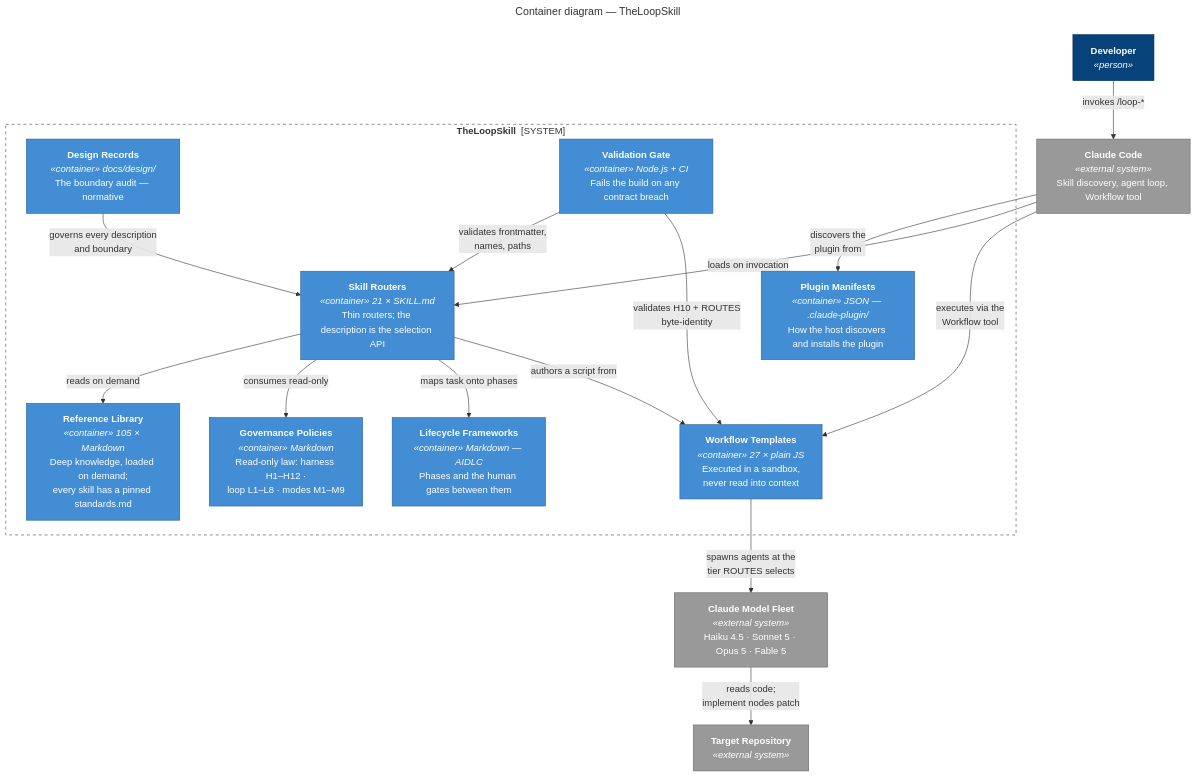
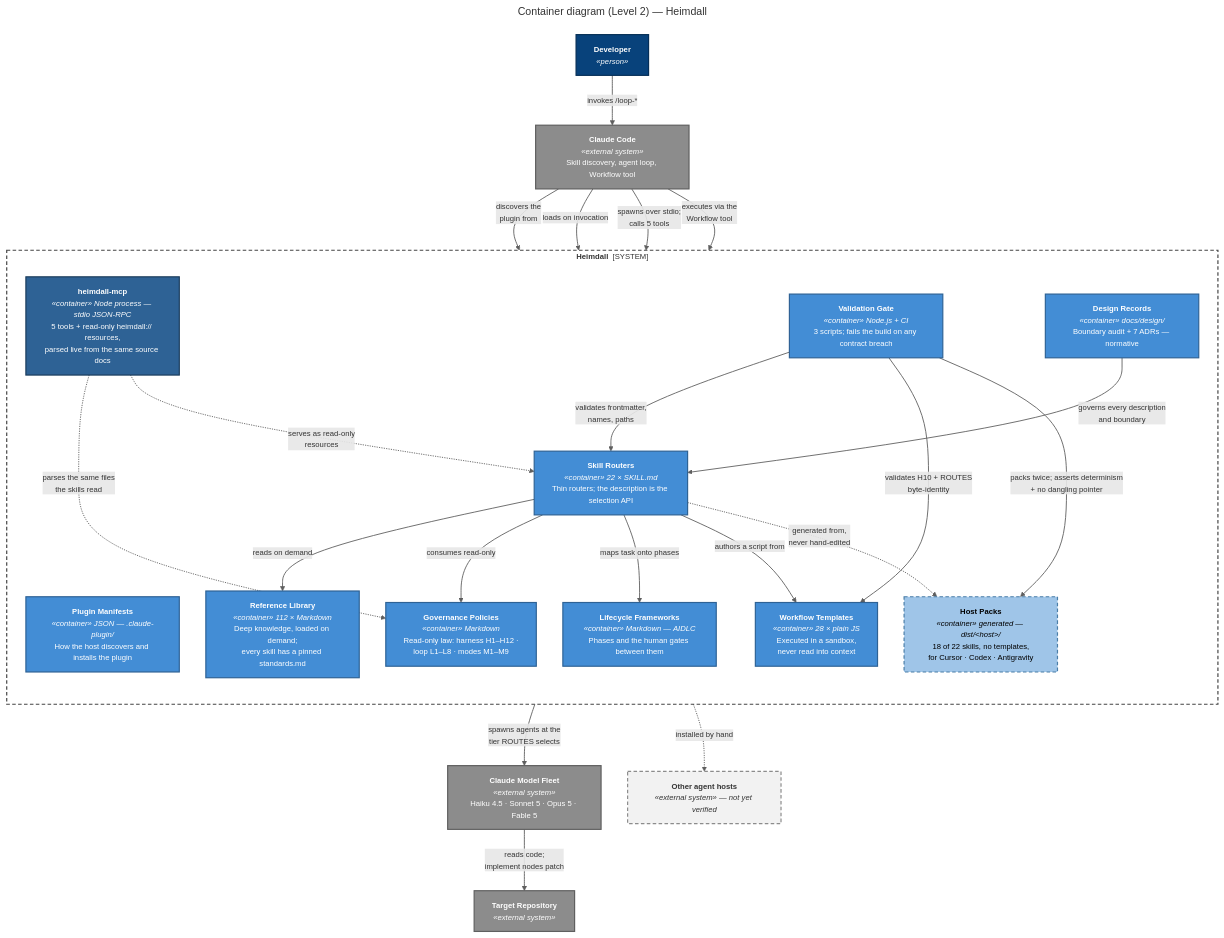
Before and after one commit to santapong/Proof: the diagram in docs/c4/diagrams/src/container.mmd, drawn with Mermaid. The commit also changed 23 other files, not shown here.

First line of the commit message:
Docs: add the 4+1 views, refresh the C4 diagrams, fix the counts

```diff
--- a/docs/c4/diagrams/src/container.mmd
+++ b/docs/c4/diagrams/src/container.mmd
@@ -1,42 +1,60 @@
 ---
-title: "Container diagram — TheLoopSkill"
+title: "Container diagram (Level 2) — Heimdall"
 ---
+%%{init: {"flowchart": {"curve": "basis", "nodeSpacing": 45, "rankSpacing": 65}, "themeVariables": {"fontFamily": "Segoe UI, Helvetica, Arial, sans-serif", "fontSize": "13px"}}}%%
 flowchart TB
     dev["<b>Developer</b><br/><i>«person»</i>"]
     cc["<b>Claude Code</b><br/><i>«external system»</i><br/>Skill discovery, agent loop, Workflow tool"]
 
-    subgraph tls["<b>TheLoopSkill</b> &nbsp;[SYSTEM]"]
+    subgraph hd["<b>Heimdall</b> &nbsp;[SYSTEM]"]
+        direction TB
         manifest["<b>Plugin Manifests</b><br/><i>«container» JSON — .claude-plugin/</i><br/>How the host discovers and installs the plugin"]
-        routers["<b>Skill Routers</b><br/><i>«container» 21 × SKILL.md</i><br/>Thin routers; the description is the selection API"]
-        refs["<b>Reference Library</b><br/><i>«container» 105 × Markdown</i><br/>Deep knowledge, loaded on demand;<br/>every skill has a pinned standards.md"]
-        templates["<b>Workflow Templates</b><br/><i>«container» 27 × plain JS</i><br/>Executed in a sandbox,<br/>never read into context"]
+        routers["<b>Skill Routers</b><br/><i>«container» 22 × SKILL.md</i><br/>Thin routers; the description is the selection API"]
+        refs["<b>Reference Library</b><br/><i>«container» 112 × Markdown</i><br/>Deep knowledge, loaded on demand;<br/>every skill has a pinned standards.md"]
+        templates["<b>Workflow Templates</b><br/><i>«container» 28 × plain JS</i><br/>Executed in a sandbox,<br/>never read into context"]
         policy["<b>Governance Policies</b><br/><i>«container» Markdown</i><br/>Read-only law: harness H1–H12 ·<br/>loop L1–L8 · modes M1–M9"]
         frameworks["<b>Lifecycle Frameworks</b><br/><i>«container» Markdown — AIDLC</i><br/>Phases and the human gates between them"]
-        design["<b>Design Records</b><br/><i>«container» docs/design/</i><br/>The boundary audit — normative"]
-        gate["<b>Validation Gate</b><br/><i>«container» Node.js + CI</i><br/>Fails the build on any contract breach"]
+        design["<b>Design Records</b><br/><i>«container» docs/design/</i><br/>Boundary audit + 7 ADRs — normative"]
+        mcp["<b>heimdall-mcp</b><br/><i>«container» Node process — stdio JSON-RPC</i><br/>5 tools + read-only heimdall:// resources,<br/>parsed live from the same source docs"]
+        gate["<b>Validation Gate</b><br/><i>«container» Node.js + CI</i><br/>3 scripts; fails the build on any contract breach"]
+        packs["<b>Host Packs</b><br/><i>«container» generated — dist/&lt;host&gt;/</i><br/>18 of 22 skills, no templates,<br/>for Cursor · Codex · Antigravity"]
     end
 
     fleet["<b>Claude Model Fleet</b><br/><i>«external system»</i><br/>Haiku 4.5 · Sonnet 5 · Opus 5 · Fable 5"]
     repo["<b>Target Repository</b><br/><i>«external system»</i>"]
+    hosts["<b>Other agent hosts</b><br/><i>«external system» — not yet verified</i>"]
 
     dev -- "invokes /loop-*" --> cc
     cc -- "discovers the<br/>plugin from" --> manifest
     cc -- "loads on invocation" --> routers
+    cc -- "spawns over stdio;<br/>calls 5 tools" --> mcp
     routers -- "reads on demand" --> refs
     routers -- "consumes read-only" --> policy
     routers -- "maps task onto phases" --> frameworks
     routers -- "authors a script from" --> templates
     cc -- "executes via the<br/>Workflow tool" --> templates
     templates -- "spawns agents at the<br/>tier ROUTES selects" --> fleet
     fleet -- "reads code;<br/>implement nodes patch" --> repo
+    mcp -. "parses the same files<br/>the skills read" .-> policy
+    mcp -. "serves as read-only<br/>resources" .-> routers
     gate -- "validates frontmatter,<br/>names, paths" --> routers
     gate -- "validates H10 + ROUTES<br/>byte-identity" --> templates
+    gate -- "packs twice; asserts determinism<br/>+ no dangling pointer" --> packs
     design -- "governs every description<br/>and boundary" --> routers
+    routers -. "generated from,<br/>never hand-edited" .-> packs
+    packs -. "installed by hand" .-> hosts
 
-    classDef person fill:#08427B,stroke:#052E56,color:#fff
-    classDef container fill:#438DD5,stroke:#2E6295,color:#fff
-    classDef ext fill:#999999,stroke:#6B6B6B,color:#fff
+    classDef person fill:#08427B,stroke:#052E56,stroke-width:2px,color:#fff
+    classDef container fill:#438DD5,stroke:#2E6295,stroke-width:2px,color:#fff
+    classDef process fill:#2E6295,stroke:#1B3C5C,stroke-width:2px,color:#fff
+    classDef generated fill:#9FC5E8,stroke:#4A7EA8,stroke-width:2px,stroke-dasharray:6 4,color:#000
+    classDef ext fill:#8C8C8C,stroke:#5F5F5F,stroke-width:2px,color:#fff
+    classDef planned fill:#F2F2F2,stroke:#8C8C8C,stroke-width:2px,stroke-dasharray:6 4,color:#333
     class dev person
     class manifest,routers,refs,templates,policy,frameworks,design,gate container
+    class mcp process
+    class packs generated
     class cc,fleet,repo ext
-    style tls fill:none,stroke:#444444,stroke-dasharray:5 5
+    class hosts planned
+    style hd fill:none,stroke:#444444,stroke-width:2px,stroke-dasharray:6 4
+    linkStyle default stroke:#5F5F5F,stroke-width:1.5px,color:#333
```
